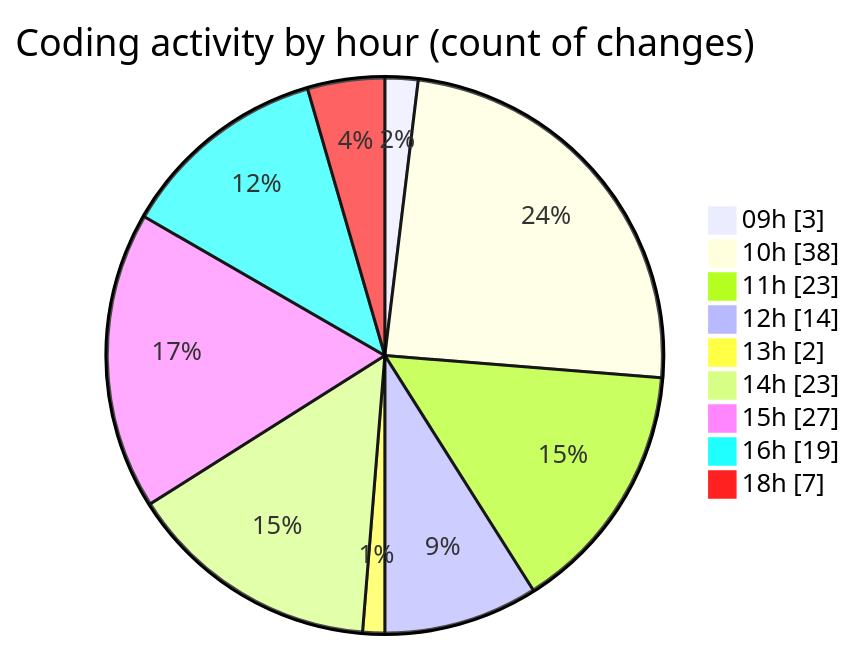
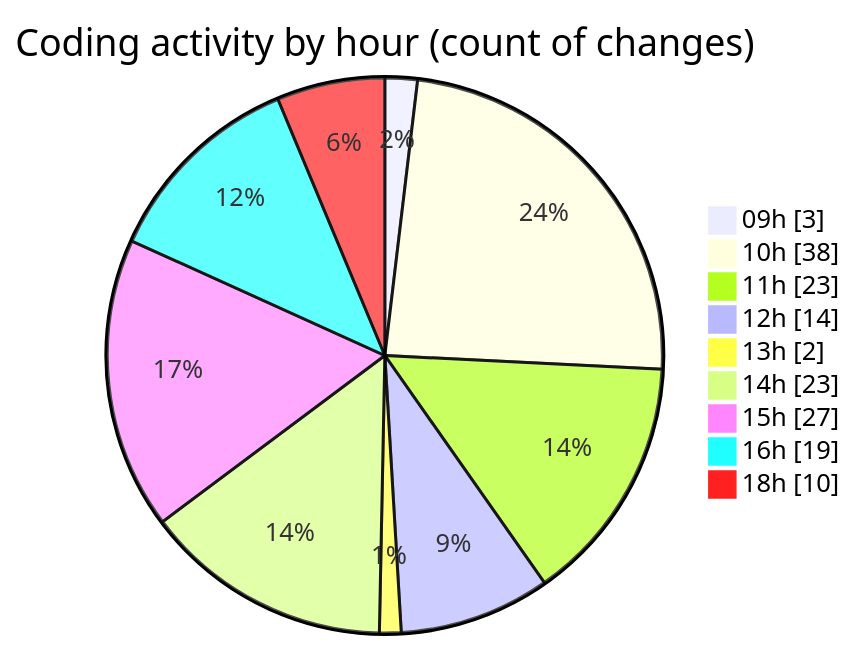
One commit to momahboobian/code-tracking changed the second of 2 diagrams in 2025-11-19/cda/README.md. Above: the diagram before and after it, drawn with Mermaid. The commit also changed other lines of this file and 1 other file, not shown here.

````diff
--- a/2025-11-19/cda/README.md
+++ b/2025-11-19/cda/README.md
@@ -39,13 +39,13 @@
 ```mermaid
 pie showData
 title Coding activity by hour (count of changes)
 "09h" : 3
 "10h" : 38
 "11h" : 23
 "12h" : 14
 "13h" : 2
 "14h" : 23
 "15h" : 27
 "16h" : 19
-"18h" : 7
+"18h" : 10
 ```
````
